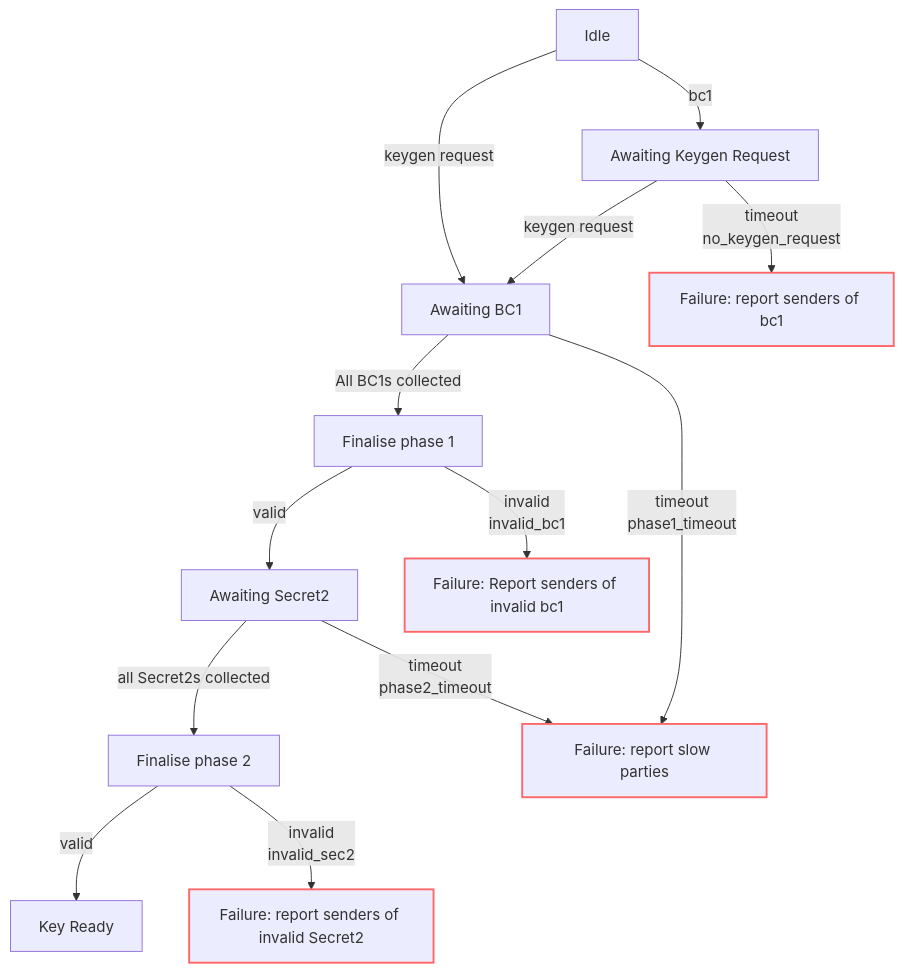
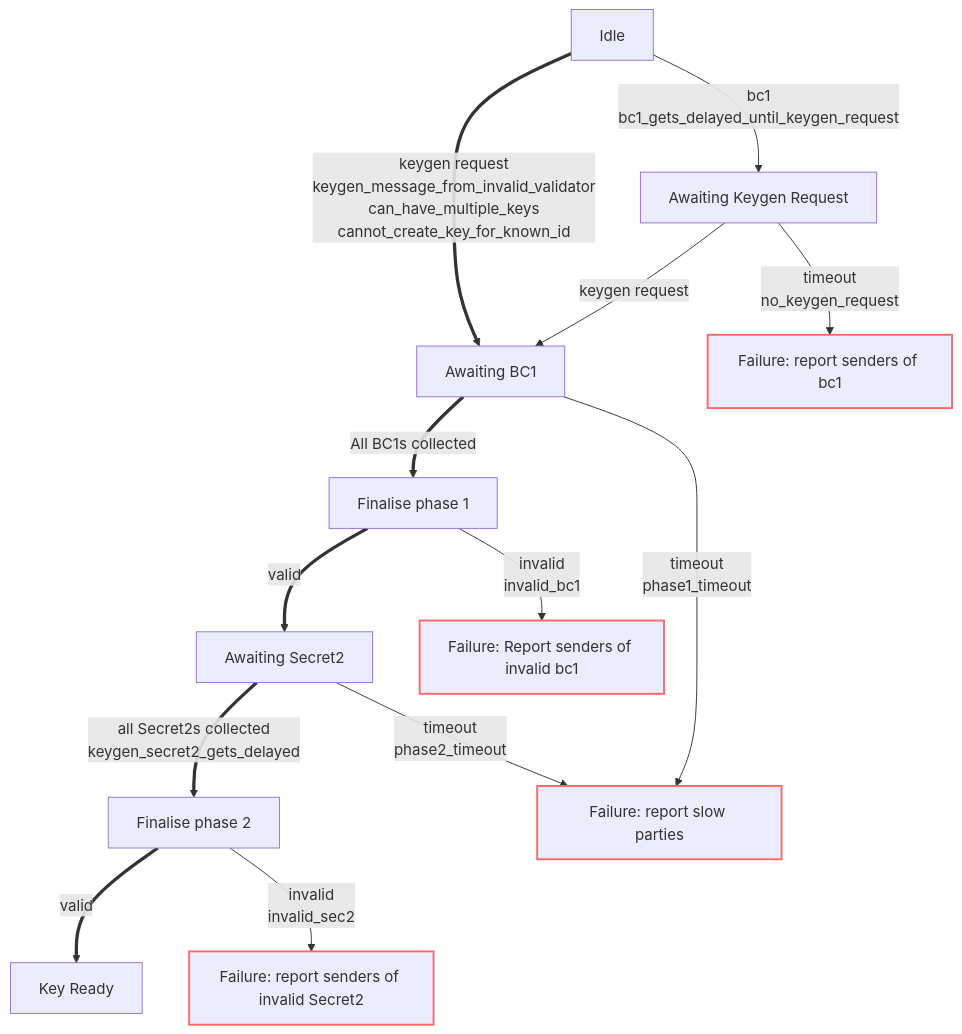
Before and after one commit to chainflip-io/chainflip-backend: the second of 3 diagrams in engine/src/signing/readme.md, drawn with Mermaid. The commit also changed other lines of this file, not shown here.

````diff
--- a/engine/src/signing/readme.md
+++ b/engine/src/signing/readme.md
@@ -72,20 +72,20 @@
 ```mermaid
 graph TD;
-Idle--bc1-->AwaitingKR[Awaiting Keygen Request];
-Idle--keygen request-->AwaitingBc1[Awaiting BC1];
+Idle--bc1<br>bc1_gets_delayed_until_keygen_request-->AwaitingKR[Awaiting Keygen Request];
+Idle==keygen request<br>keygen_message_from_invalid_validator<br>can_have_multiple_keys<br>cannot_create_key_for_known_id==>AwaitingBc1[Awaiting BC1];
 AwaitingKR--timeout<br>no_keygen_request-->Timeout1[Failure: report senders of bc1];
 AwaitingKR--keygen request-->AwaitingBc1;
-AwaitingBc1--All BC1s collected-->Finalise1[Finalise phase 1];
-Finalise1--valid-->AwaitSec2[Awaiting Secret2];
+AwaitingBc1==All BC1s collected==>Finalise1[Finalise phase 1];
+Finalise1==valid==>AwaitSec2[Awaiting Secret2];
 Finalise1--invalid<br>invalid_bc1-->InvalidBC1[Failure: Report senders of invalid bc1];
-AwaitSec2--all Secret2s collected-->Finalise2[Finalise phase 2];
+AwaitSec2==all Secret2s collected<br>keygen_secret2_gets_delayed==>Finalise2[Finalise phase 2];
 AwaitSec2--timeout<br>phase2_timeout-->Timeout2[Failure: report slow parties];
-Finalise2--valid-->KeyReady[Key Ready];
+Finalise2==valid==>KeyReady[Key Ready];
 Finalise2--invalid<br>invalid_sec2-->InvalidSec2[Failure: report senders of invalid Secret2];
 AwaitingBc1--timeout<br>phase1_timeout-->Timeout2;
 
 style Timeout1 stroke:#f66,stroke-width:2px
 style Timeout2 stroke:#f66,stroke-width:2px
 style InvalidBC1 stroke:#f66,stroke-width:2px
 style InvalidSec2 stroke:#f66,stroke-width:2px
 ```
````
